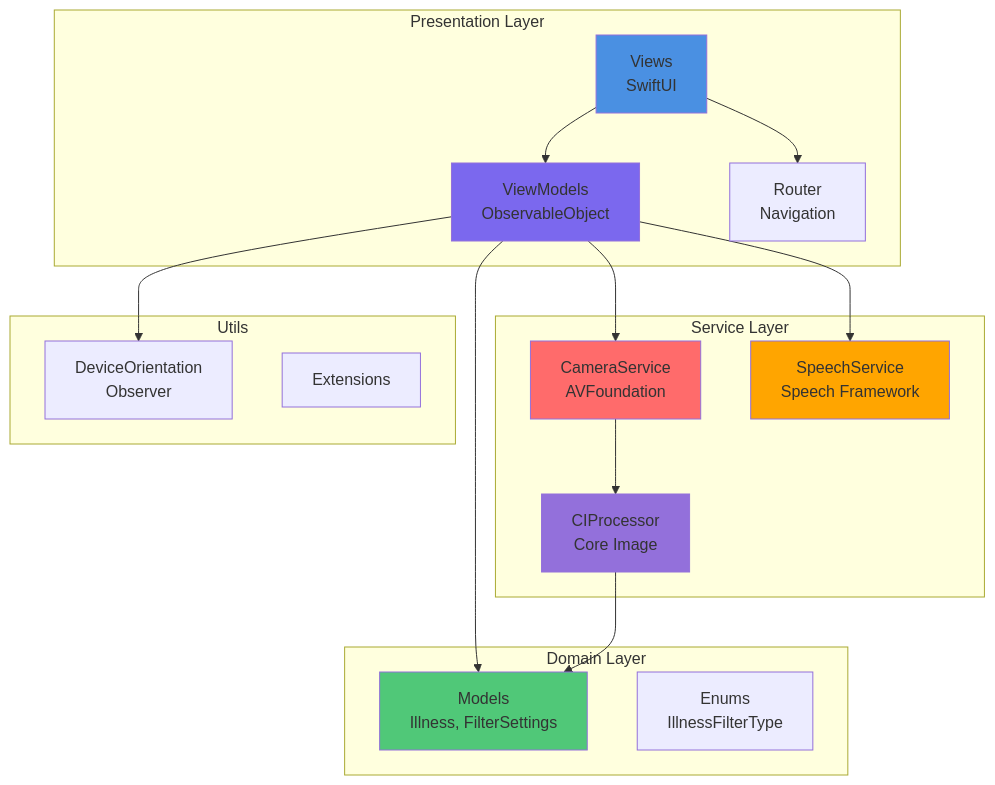
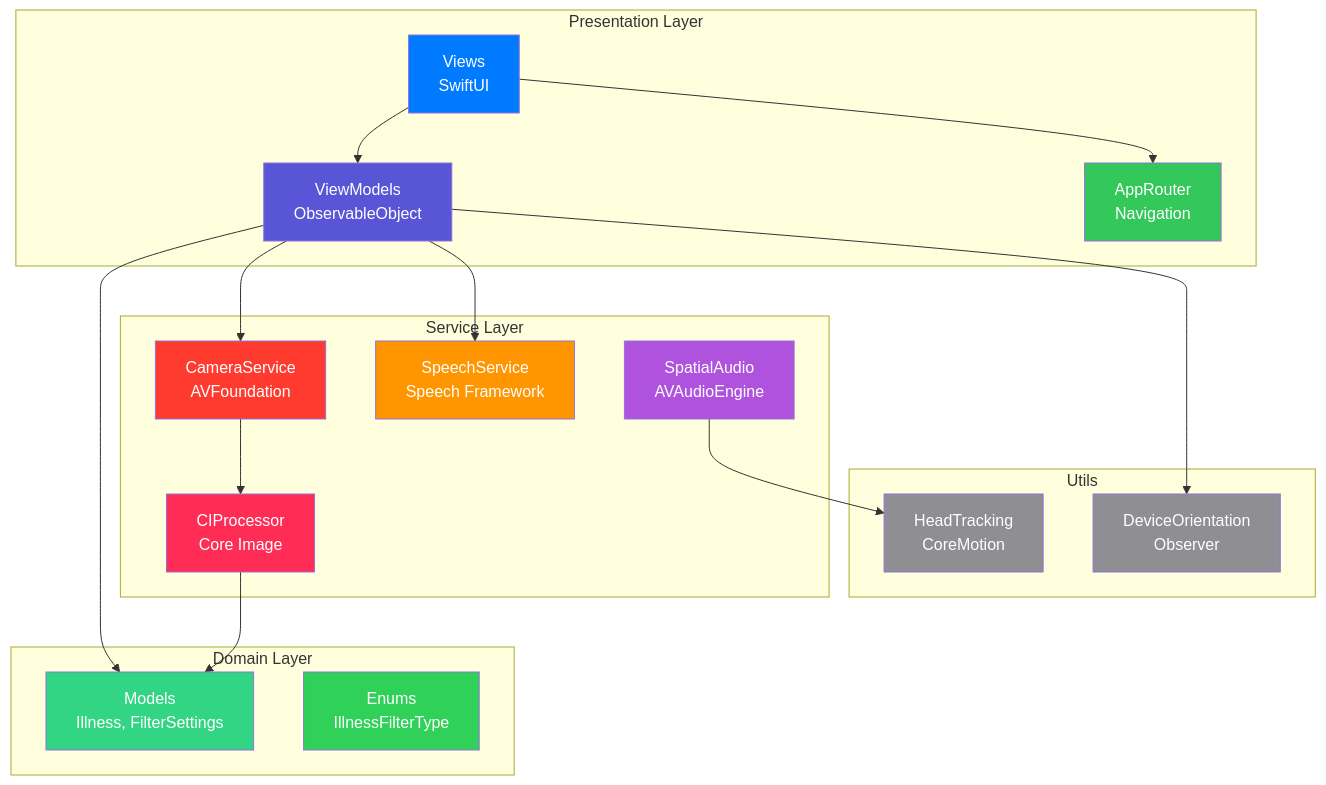
One commit to robertteleng/vision-experience-ios changed the first of 7 diagrams in README.md. Above: the diagram before and after it, drawn with Mermaid. The commit also changed other lines of this file and 16 other files, not shown here.

````diff
--- a/README.md
+++ b/README.md
@@ -87,40 +87,47 @@
 ```mermaid
 graph TB
-    subgraph "Presentation Layer"
+    subgraph Presentation["Presentation Layer"]
         V[Views<br/>SwiftUI]
         VM[ViewModels<br/>ObservableObject]
-        R[Router<br/>Navigation]
+        R[AppRouter<br/>Navigation]
     end
-    
-    subgraph "Domain Layer"
+
+    subgraph Domain["Domain Layer"]
         M[Models<br/>Illness, FilterSettings]
         E[Enums<br/>IllnessFilterType]
     end
-    
-    subgraph "Service Layer"
+
+    subgraph Services["Service Layer"]
         CS[CameraService<br/>AVFoundation]
         SS[SpeechService<br/>Speech Framework]
+        SA[SpatialAudio<br/>AVAudioEngine]
         IP[CIProcessor<br/>Core Image]
     end
-    
-    subgraph "Utils"
+
+    subgraph Utils["Utils"]
         DO[DeviceOrientation<br/>Observer]
-        EX[Extensions]
+        HT[HeadTracking<br/>CoreMotion]
     end
-    
+
     V --> VM
     VM --> M
     VM --> CS
     VM --> SS
     V --> R
     CS --> IP
     VM --> DO
     IP --> M
-    
-    style V fill:#4A90E2
-    style VM fill:#7B68EE
-    style M fill:#50C878
-    style CS fill:#FF6B6B
-    style SS fill:#FFA500
-    style IP fill:#9370DB
+    SA --> HT
+
+    style V fill:#007AFF,color:white
+    style VM fill:#5856D6,color:white
+    style R fill:#34C759,color:white
+    style M fill:#32D583,color:white
+    style E fill:#30D158,color:white
+    style CS fill:#FF3B30,color:white
+    style SS fill:#FF9500,color:white
+    style SA fill:#AF52DE,color:white
+    style IP fill:#FF2D55,color:white
+    style DO fill:#8E8E93,color:white
+    style HT fill:#8E8E93,color:white
 ```
````
